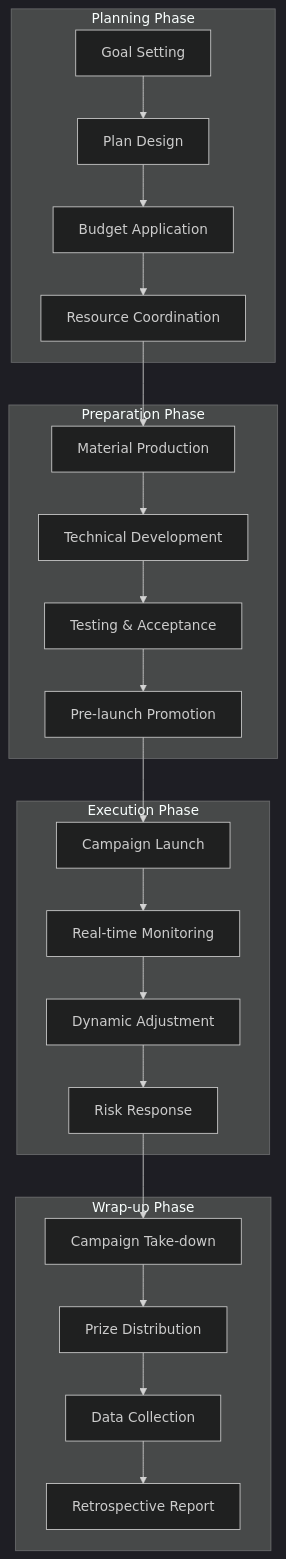
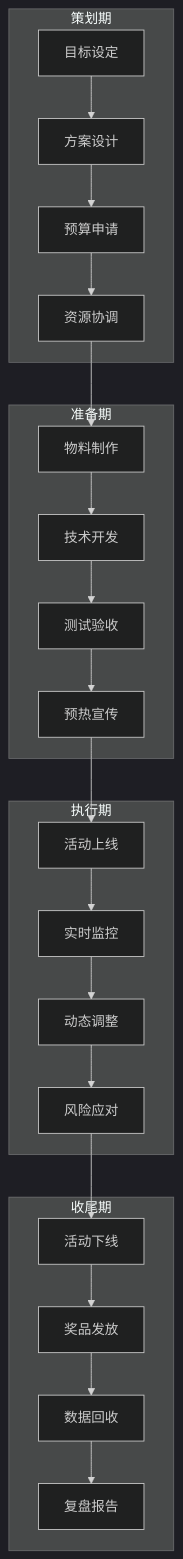
One commit to Kirky-X/cangjie changed the sixth of 9 diagrams in templates/Product/Operations/Template-Operations-Manual.md. Above: the diagram before and after it, drawn with Mermaid (dark theme). The commit also changed other lines of this file and 33 other files, not shown here.

````diff
--- a/templates/Product/Operations/Template-Operations-Manual.md
+++ b/templates/Product/Operations/Template-Operations-Manual.md
@@ -274,30 +274,30 @@
 ```mermaid
 flowchart TD
-    subgraph Planning Phase
-        A1[Goal Setting] --> A2[Plan Design]
-        A2 --> A3[Budget Application]
-        A3 --> A4[Resource Coordination]
+    subgraph 策划期
+        A1[目标设定] --> A2[方案设计]
+        A2 --> A3[预算申请]
+        A3 --> A4[资源协调]
     end
 
-    subgraph Preparation Phase
-        B1[Material Production] --> B2[Technical Development]
-        B2 --> B3[Testing & Acceptance]
-        B3 --> B4[Pre-launch Promotion]
+    subgraph 准备期
+        B1[物料制作] --> B2[技术开发]
+        B2 --> B3[测试验收]
+        B3 --> B4[预热宣传]
     end
 
-    subgraph Execution Phase
-        C1[Campaign Launch] --> C2[Real-time Monitoring]
-        C2 --> C3[Dynamic Adjustment]
-        C3 --> C4[Risk Response]
+    subgraph 执行期
+        C1[活动上线] --> C2[实时监控]
+        C2 --> C3[动态调整]
+        C3 --> C4[风险应对]
     end
 
-    subgraph Wrap-up Phase
-        D1[Campaign Take-down] --> D2[Prize Distribution]
-        D2 --> D3[Data Collection]
-        D3 --> D4[Retrospective Report]
+    subgraph 收尾期
+        D1[活动下线] --> D2[奖品发放]
+        D2 --> D3[数据回收]
+        D3 --> D4[复盘报告]
     end
 
     A4 --> B1
     B4 --> C1
     C4 --> D1
 ```
````
